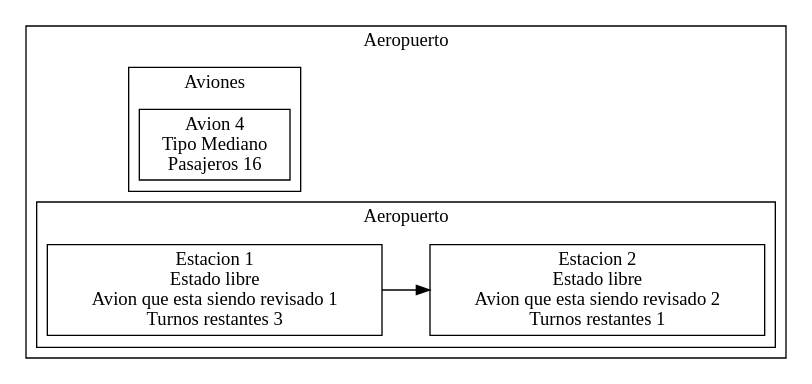
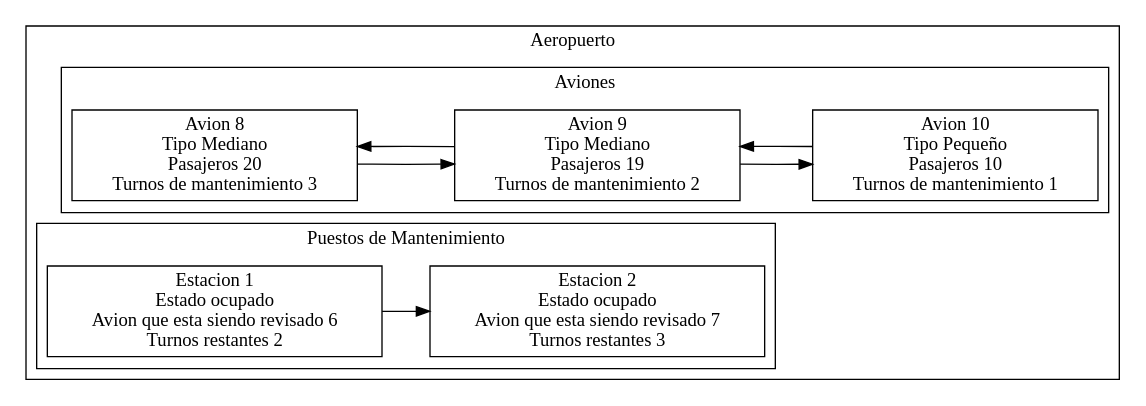
One commit to Orbp/EDD_201220165 changed the diagram in build-Practica1_201220165-Desktop_Qt_5_9_1_MinGW_32bit-Debug/Grafica.dot. Above: the diagram before and after it, drawn with Graphviz. The commit also changed 20 other files, not shown here.

```diff
--- a/build-Practica1_201220165-Desktop_Qt_5_9_1_MinGW_32bit-Debug/Grafica.dot
+++ b/build-Practica1_201220165-Desktop_Qt_5_9_1_MinGW_32bit-Debug/Grafica.dot
@@ -1,12 +1,20 @@
 digraph{ 
  rankdir = LR; 
  node[shape = record];subgraph clusterAeropuerto{
 label = "Aeropuerto";
 subgraph clusterAviones{
-label = " Aviones "nca0[label = "Avion 4\nTipo Mediano\nPasajeros 16"];
+label = " Aviones "nca0[label = "Avion 8\nTipo Mediano\nPasajeros 20\nTurnos de mantenimiento 3"];
+nca1[label = "Avion 9\nTipo Mediano\nPasajeros 19\nTurnos de mantenimiento 2"];
+nca2[label = "Avion 10\nTipo Pequeño\nPasajeros 10\nTurnos de mantenimiento 1"];
+nca0->nca1
+nca1->nca2
+nca1->nca0
+nca2->nca1
 }
 subgraph clusterPuestosmantenimiento{
-lpm0[label = "Estacion 1\nEstado libre\nAvion que esta siendo revisado 1\nTurnos restantes 3"];
-lpm1[label = "Estacion 2\nEstado libre\nAvion que esta siendo revisado 2\nTurnos restantes 1"];
-lpm0->lpm1}}
+label = " Puestos de Mantenimiento "lpm0[label = "Estacion 1\nEstado ocupado\nAvion que esta siendo revisado 6\nTurnos restantes 2"];
+lpm1[label = "Estacion 2\nEstado ocupado\nAvion que esta siendo revisado 7\nTurnos restantes 3"];
+lpm0->lpm1
+}subgraph clusterColaesperamantenimiento{
+label = " Cola de espera para Mantenimiento "}}
 }
```
